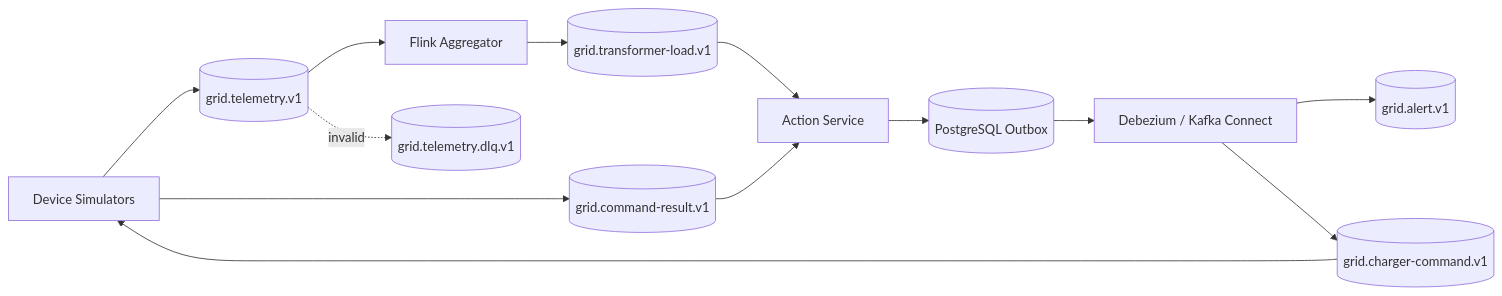
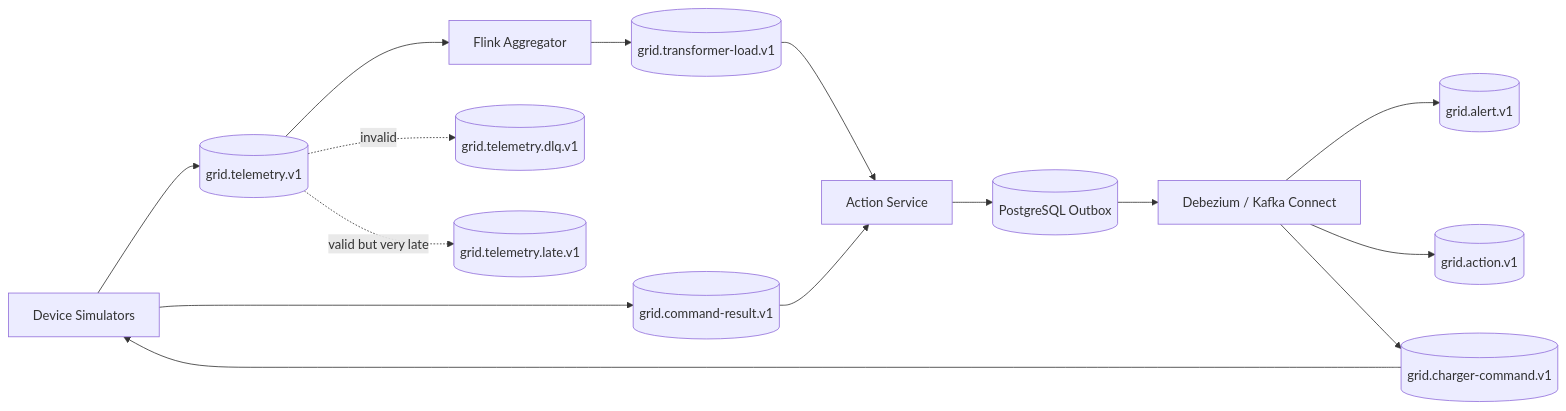
One commit to snkprdhn/CMPE-273-Group-10-Project changed the first of 2 diagrams in docs/design/DATA_FLOW.md. Above: the diagram before and after it, drawn with Mermaid. The commit also changed other lines of this file and 35 other files, not shown here.

````diff
--- a/docs/design/DATA_FLOW.md
+++ b/docs/design/DATA_FLOW.md
@@ -5,15 +5,17 @@
 ```mermaid
 flowchart LR
     D[Device Simulators] --> T[(grid.telemetry.v1)]
     T --> F[Flink Aggregator]
     F --> L[(grid.transformer-load.v1)]
     T -.invalid.-> DLQ[(grid.telemetry.dlq.v1)]
+    T -.valid but very late.-> LATE[(grid.telemetry.late.v1)]
     L --> A[Action Service]
     A --> O[(PostgreSQL Outbox)]
     O --> X[Debezium / Kafka Connect]
     X --> AL[(grid.alert.v1)]
+    X --> AC[(grid.action.v1)]
     X --> C[(grid.charger-command.v1)]
     C --> D
     D --> R[(grid.command-result.v1)]
     R --> A
 ```
````
